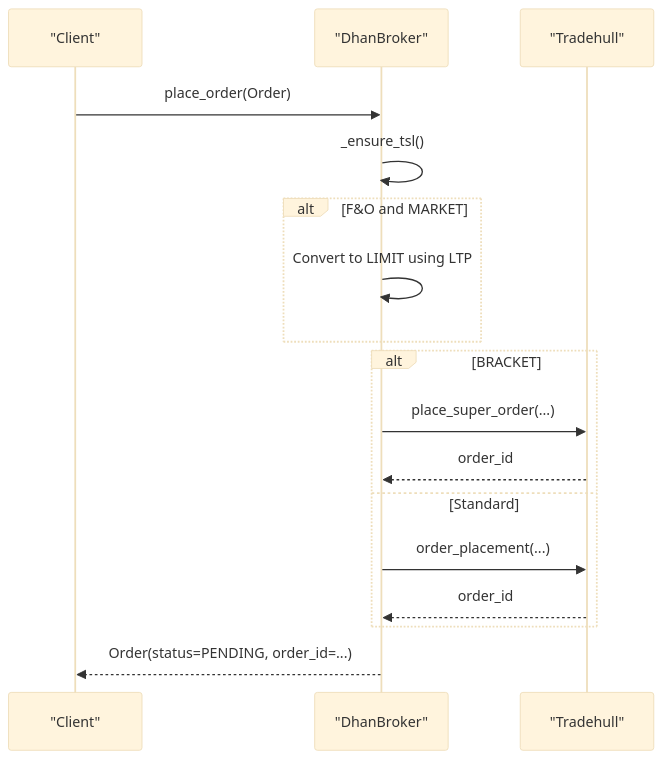
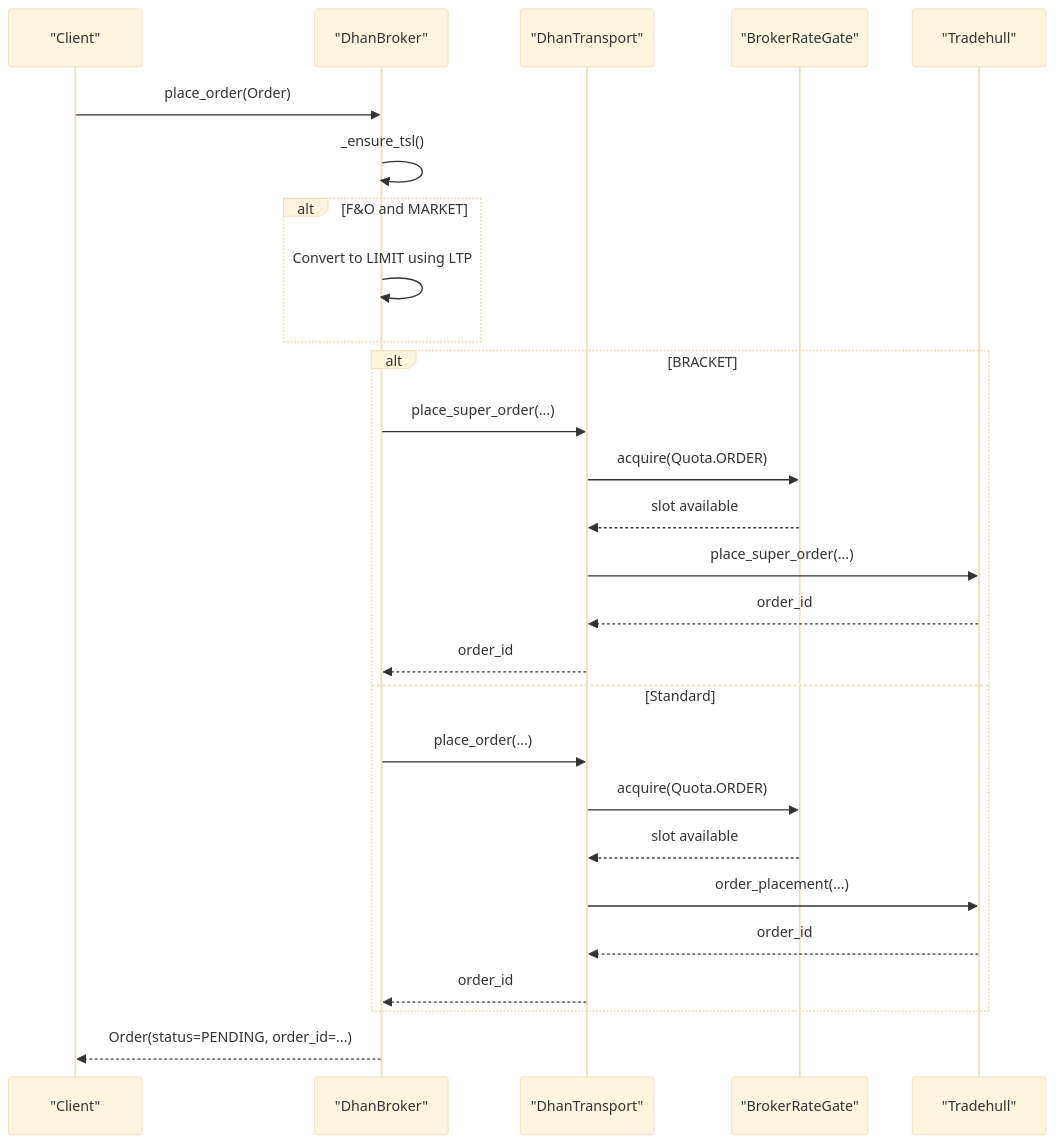
Before and after one commit to Ganesh-Kusundal/nTrade: the tenth of 14 diagrams in .qoder/repowiki/en/content/Broker Integration/Dhan Broker Implementation.md, drawn with Mermaid (base theme). The commit also changed other lines of this file and 203 other files, not shown here.

First line of the commit message:
review findings sweep: depth retry, LTP failure guard, stale-refresh fix, rate-gate blocked heuristic

````diff
--- a/.qoder/repowiki/en/content/Broker Integration/Dhan Broker Implementation.md
+++ b/.qoder/repowiki/en/content/Broker Integration/Dhan Broker Implementation.md
@@ -286,19 +493,29 @@
 ```mermaid
 sequenceDiagram
 participant Client as "Client"
 participant Broker as "DhanBroker"
+participant Transport as "DhanTransport"
+participant Gate as "BrokerRateGate"
 participant TSL as "Tradehull"
 Client->>Broker : place_order(Order)
 Broker->>Broker : _ensure_tsl()
 alt F&O and MARKET
 Broker->>Broker : Convert to LIMIT using LTP
 end
 alt BRACKET
-Broker->>TSL : place_super_order(...)
-TSL-->>Broker : order_id
+Broker->>Transport : place_super_order(...)
+Transport->>Gate : acquire(Quota.ORDER)
+Gate-->>Transport : slot available
+Transport->>TSL : place_super_order(...)
+TSL-->>Transport : order_id
+Transport-->>Broker : order_id
 else Standard
-Broker->>TSL : order_placement(...)
-TSL-->>Broker : order_id
+Broker->>Transport : place_order(...)
+Transport->>Gate : acquire(Quota.ORDER)
+Gate-->>Transport : slot available
+Transport->>TSL : order_placement(...)
+TSL-->>Transport : order_id
+Transport-->>Broker : order_id
 end
 Broker-->>Client : Order(status=PENDING, order_id=...)
 ```
````
